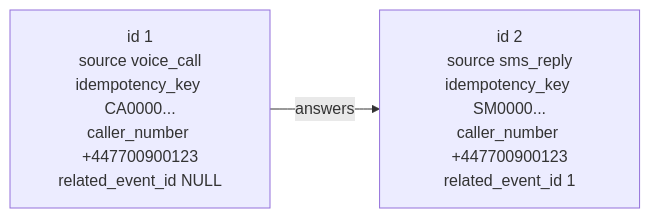
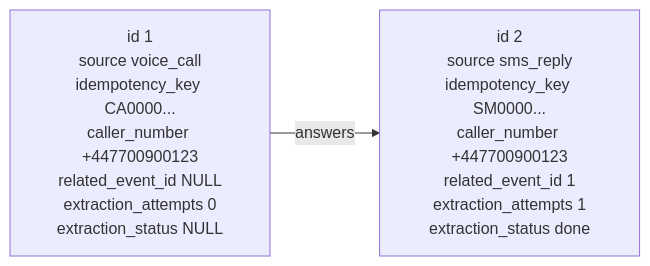
One commit to Mario8289/agent-ant changed the seventh of 7 diagrams in docs/11-request-flows.md. Above: the diagram before and after it, drawn with Mermaid. The commit also changed other lines of this file and 18 other files, not shown here.

````diff
--- a/docs/11-request-flows.md
+++ b/docs/11-request-flows.md
@@ -420,6 +435,6 @@
 ```mermaid
 flowchart LR
-    A["id 1<br/>source voice_call<br/>idempotency_key CA0000...<br/>caller_number +447700900123<br/>related_event_id NULL"]
-    B["id 2<br/>source sms_reply<br/>idempotency_key SM0000...<br/>caller_number +447700900123<br/>related_event_id 1"]
+    A["id 1<br/>source voice_call<br/>idempotency_key CA0000...<br/>caller_number +447700900123<br/>related_event_id NULL<br/>extraction_attempts 0<br/>extraction_status NULL"]
+    B["id 2<br/>source sms_reply<br/>idempotency_key SM0000...<br/>caller_number +447700900123<br/>related_event_id 1<br/>extraction_attempts 1<br/>extraction_status done"]
     A -->|answers| B
 ```
````
